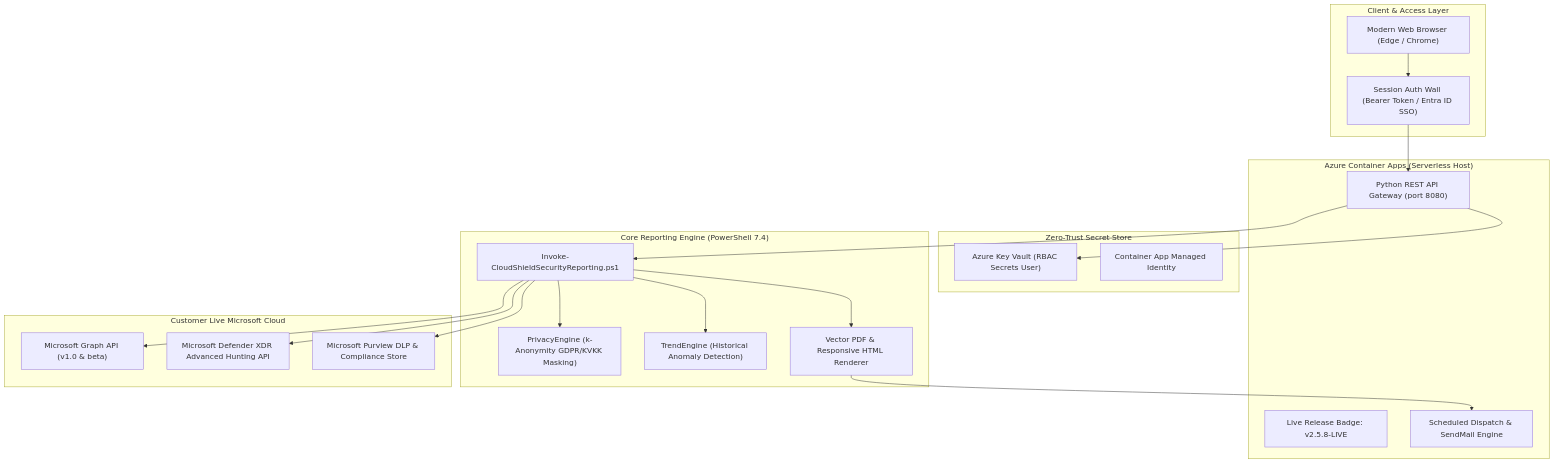
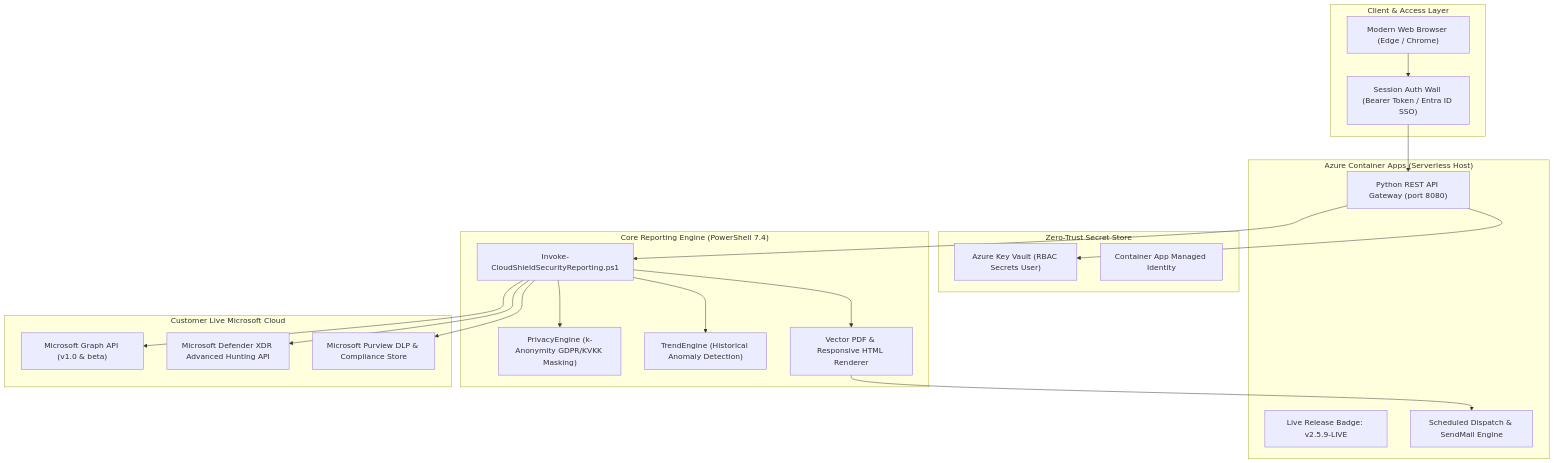
The diagram in README.md (canercetinkaya/cloudshield-mssp-portal), drawn with Mermaid before and after one commit. The commit also changed other lines of this file and 4 other files, not shown here.

````diff
--- a/README.md
+++ b/README.md
@@ -31,43 +31,43 @@
 ```mermaid
 flowchart TD
     subgraph ClientLayer ["Client & Access Layer"]
         Browser["Modern Web Browser (Edge / Chrome)"]
         AuthWall["Session Auth Wall (Bearer Token / Entra ID SSO)"]
     end
 
     subgraph PortalLayer ["Azure Container Apps (Serverless Host)"]
         WebServer["Python REST API Gateway (port 8080)"]
-        VersionBadge["Live Release Badge: v2.5.8-LIVE"]
+        VersionBadge["Live Release Badge: v2.5.9-LIVE"]
         ReportDispatcher["Scheduled Dispatch & SendMail Engine"]
     end
 
     subgraph SecurityVault ["Zero-Trust Secret Store"]
         AKV["Azure Key Vault (RBAC Secrets User)"]
         ManagedIdentity["Container App Managed Identity"]
     end
 
     subgraph EngineLayer ["Core Reporting Engine (PowerShell 7.4)"]
         EngineMain["Invoke-CloudShieldSecurityReporting.ps1"]
         PrivacyEngine["PrivacyEngine (k-Anonymity GDPR/KVKK Masking)"]
         TrendEngine["TrendEngine (Historical Anomaly Detection)"]
         Renderer["Vector PDF & Responsive HTML Renderer"]
     end
 
     subgraph MicrosoftCloud ["Customer Live Microsoft Cloud"]
         GraphAPI["Microsoft Graph API (v1.0 & beta)"]
         DefenderAPI["Microsoft Defender XDR Advanced Hunting API"]
         PurviewDLP["Microsoft Purview DLP & Compliance Store"]
     end
 
     Browser --> AuthWall
     AuthWall --> WebServer
     WebServer --> AKV
     WebServer --> EngineMain
     EngineMain --> PrivacyEngine
     EngineMain --> TrendEngine
     EngineMain --> Renderer
     EngineMain --> GraphAPI
     EngineMain --> DefenderAPI
     EngineMain --> PurviewDLP
     Renderer --> ReportDispatcher
 ```
````
